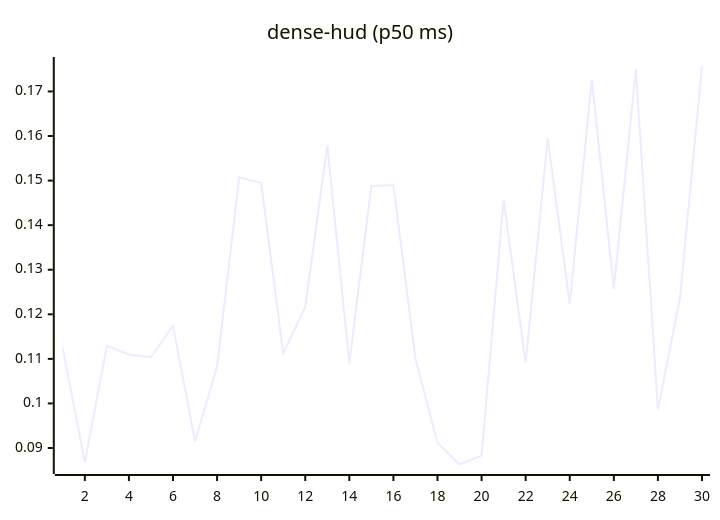
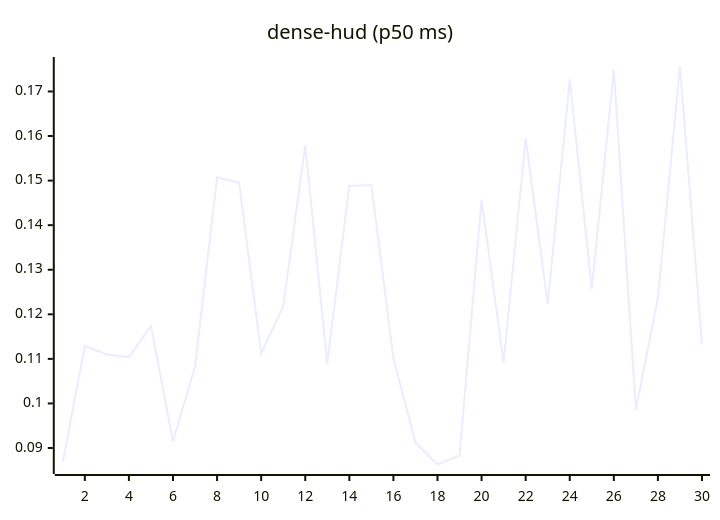
Before and after one commit to josha/Facet: the eighth of 27 diagrams in README.md, drawn with Mermaid. The commit also changed other lines of this file and 2 other files, not shown here.

````diff
--- a/README.md
+++ b/README.md
@@ -112,6 +112,6 @@
 ```mermaid
 xychart-beta
     title "dense-hud (p50 ms)"
     x-axis 1 --> 30
-    line [0.1123, 0.0868, 0.1129, 0.1110, 0.1104, 0.1174, 0.0915, 0.1083, 0.1507, 0.1495, 0.1112, 0.1217, 0.1579, 0.1090, 0.1488, 0.1490, 0.1101, 0.0912, 0.0863, 0.0883, 0.1457, 0.1091, 0.1595, 0.1223, 0.1727, 0.1257, 0.1749, 0.0986, 0.1236, 0.1756]
+    line [0.0868, 0.1129, 0.1110, 0.1104, 0.1174, 0.0915, 0.1083, 0.1507, 0.1495, 0.1112, 0.1217, 0.1579, 0.1090, 0.1488, 0.1490, 0.1101, 0.0912, 0.0863, 0.0883, 0.1457, 0.1091, 0.1595, 0.1223, 0.1727, 0.1257, 0.1749, 0.0986, 0.1236, 0.1756, 0.1133]
 ```
````
